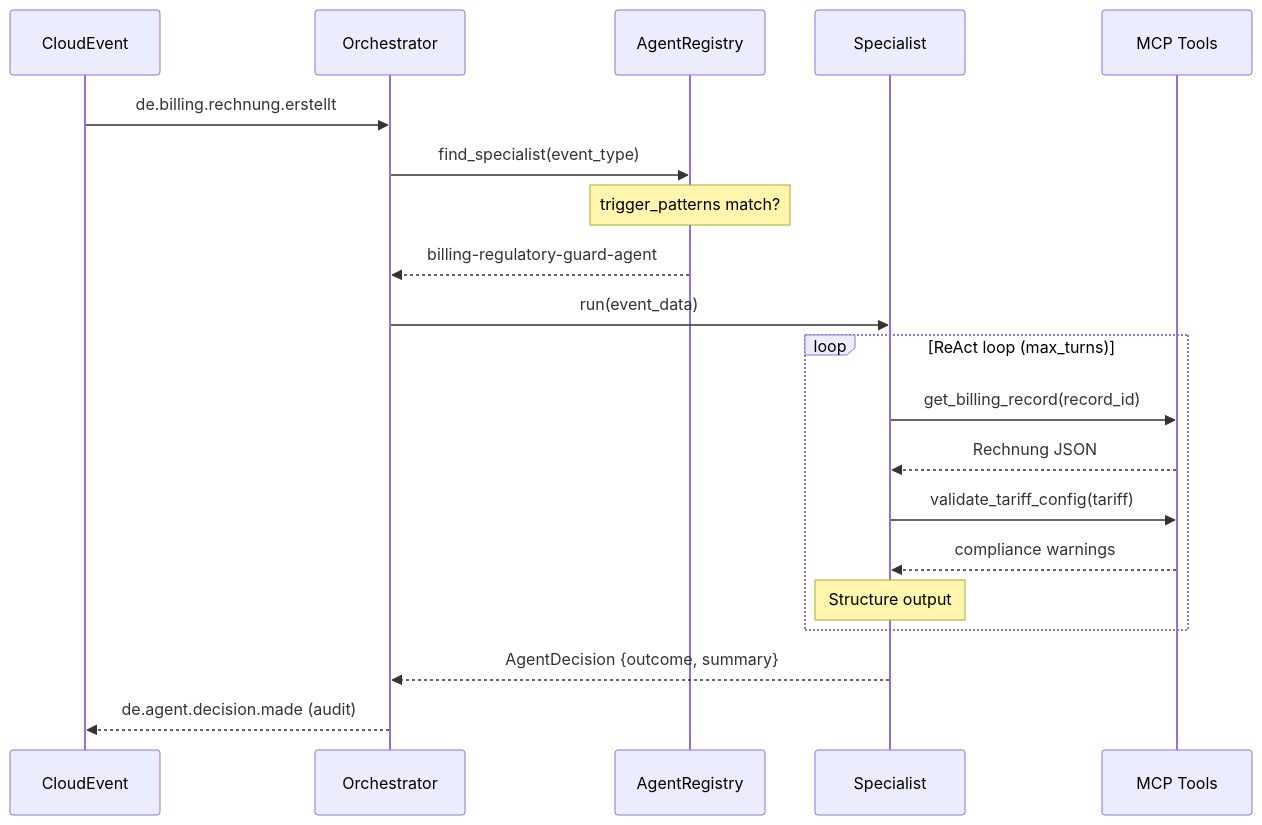
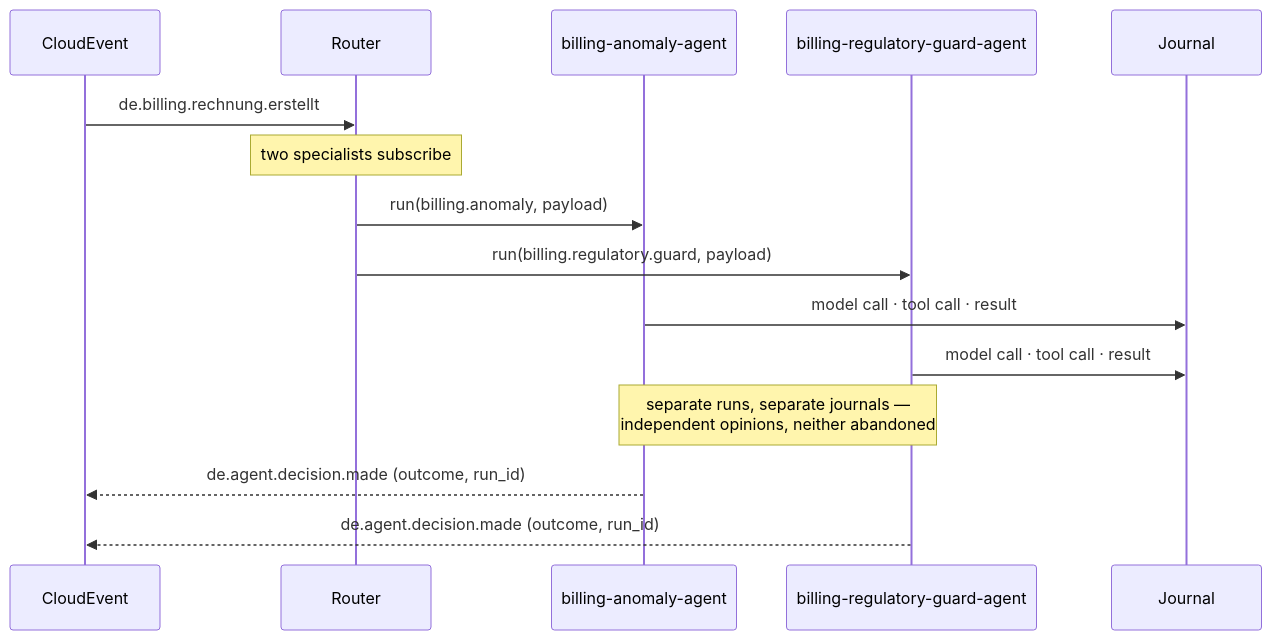
One commit to hupe1980/mako changed the second of 3 diagrams in site/content/docs/services/agentd.md. Above: the diagram before and after it, drawn with Mermaid. The commit also changed other lines of this file and 64 other files, not shown here.

````diff
--- a/site/content/docs/services/agentd.md
+++ b/site/content/docs/services/agentd.md
@@ -101,23 +195,18 @@
 ```mermaid
 sequenceDiagram
     participant CE as CloudEvent
-    participant Orch as Orchestrator
-    participant Reg as AgentRegistry
-    participant Spec as Specialist
-    participant MCP as MCP Tools
+    participant R as Router
+    participant A1 as billing-anomaly-agent
+    participant A2 as billing-regulatory-guard-agent
+    participant J as Journal
 
-    CE->>Orch: de.billing.rechnung.erstellt
-    Orch->>Reg: find_specialist(event_type)
-    Note over Reg: trigger_patterns match?
-    Reg-->>Orch: billing-regulatory-guard-agent
-    Orch->>Spec: run(event_data)
-    loop ReAct loop (max_turns)
-        Spec->>MCP: get_billing_record(record_id)
-        MCP-->>Spec: Rechnung JSON
-        Spec->>MCP: validate_tariff_config(tariff)
-        MCP-->>Spec: compliance warnings
-        Note over Spec: Structure output
-    end
-    Spec-->>Orch: AgentDecision {outcome, summary}
-    Orch-->>CE: de.agent.decision.made (audit)
+    CE->>R: de.billing.rechnung.erstellt
+    Note over R: two specialists subscribe
+    R->>A1: run(billing.anomaly, payload)
+    R->>A2: run(billing.regulatory.guard, payload)
+    A1->>J: model call · tool call · result
+    A2->>J: model call · tool call · result
+    Note over A1,A2: separate runs, separate journals —<br/>independent opinions, neither abandoned
+    A1-->>CE: de.agent.decision.made (outcome, run_id)
+    A2-->>CE: de.agent.decision.made (outcome, run_id)
 ```
````
